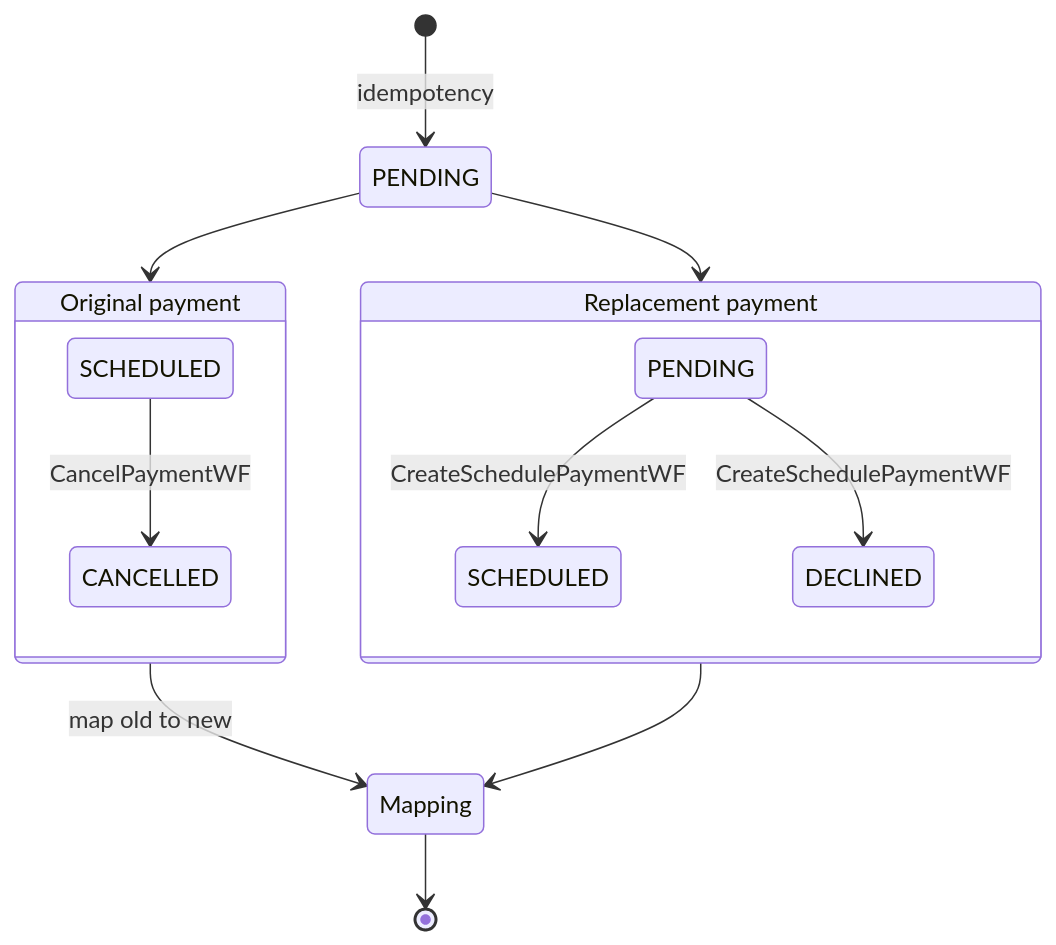
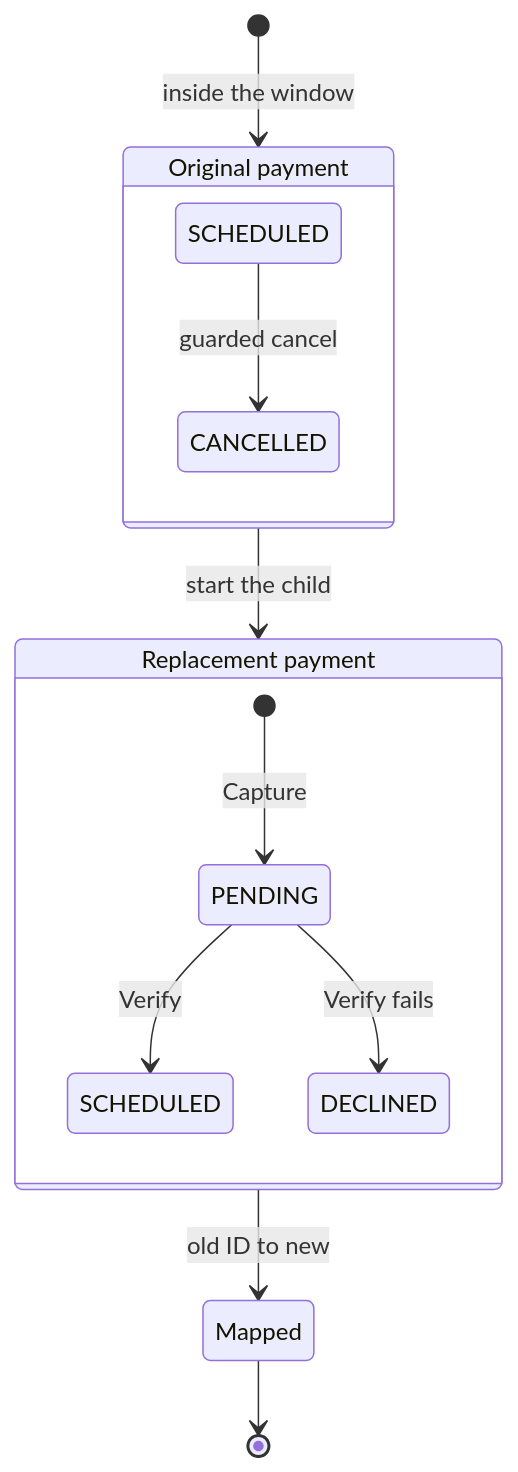
One commit to arunav-bhattacharya/billpay-book changed the diagram in website/docs/design/component-model/workflows/core.md. Above: the diagram before and after it, drawn with Mermaid. The commit also changed other lines of this file and 50 other files, not shown here.

````diff
--- a/website/docs/design/component-model/workflows/core.md
+++ b/website/docs/design/component-model/workflows/core.md
@@ -92,19 +95,18 @@
 ```mermaid
 stateDiagram-v2
-  [*] --> PENDING: idempotency
   state "Original payment" as Orig {
-    SCHEDULED --> CANCELLED: CancelPaymentWF
+    SCHEDULED --> CANCELLED: guarded cancel
   }
   state "Replacement payment" as New {
     PENDING_new: PENDING
-    PENDING_new --> SCHEDULED_new: CreateSchedulePaymentWF
-    PENDING_new --> DECLINED_new: CreateSchedulePaymentWF
     SCHEDULED_new: SCHEDULED
     DECLINED_new: DECLINED
+    [*] --> PENDING_new: Capture
+    PENDING_new --> SCHEDULED_new: Verify
+    PENDING_new --> DECLINED_new: Verify fails
   }
-  PENDING --> Orig
-  PENDING --> New
-  Orig --> Mapping: map old to new
-  New --> Mapping
-  Mapping --> [*]
+  [*] --> Orig: inside the window
+  Orig --> New: start the child
+  New --> Mapped: old ID to new
+  Mapped --> [*]
 ```
````
